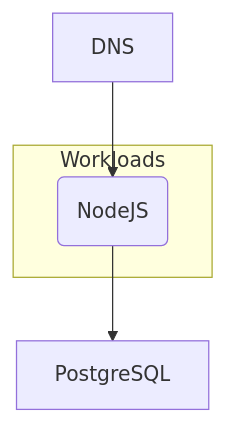
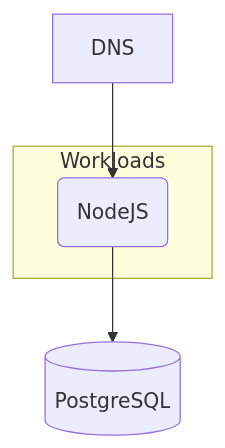
Before and after one commit to score-spec/docs: the diagram in content/en/docs/examples/nodejs-postgres.md, drawn with Mermaid. The commit also changed other lines of this file and 3 other files, not shown here.

````diff
--- a/content/en/docs/examples/nodejs-postgres.md
+++ b/content/en/docs/examples/nodejs-postgres.md
@@ -12,8 +12,8 @@
 ```mermaid
 flowchart TD
     dns[DNS] --> nodejs-workload(NodeJS)
     subgraph Workloads
         nodejs-workload
     end
-    nodejs-workload-->PostgreSQL
+    nodejs-workload-->postgres[(PostgreSQL)]
 ```
````
